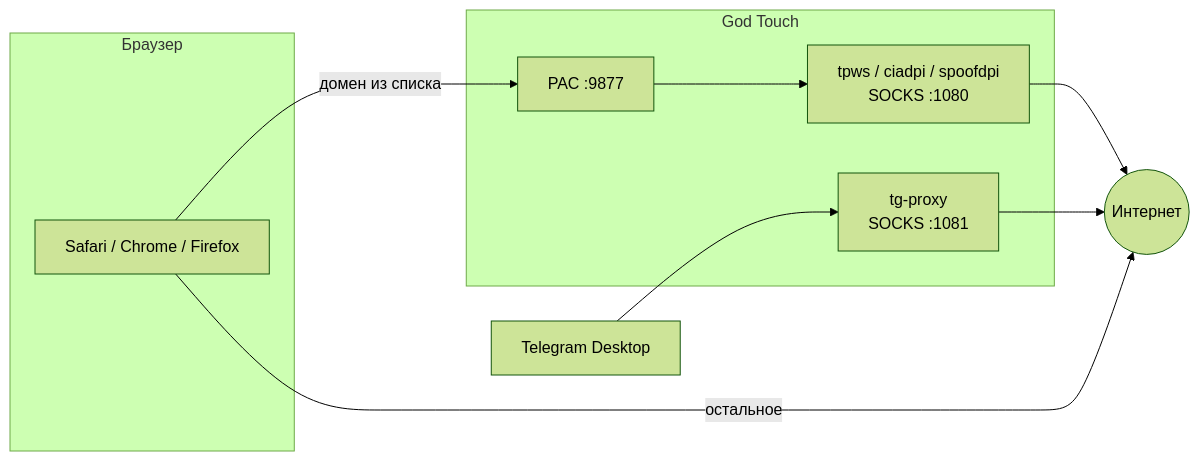
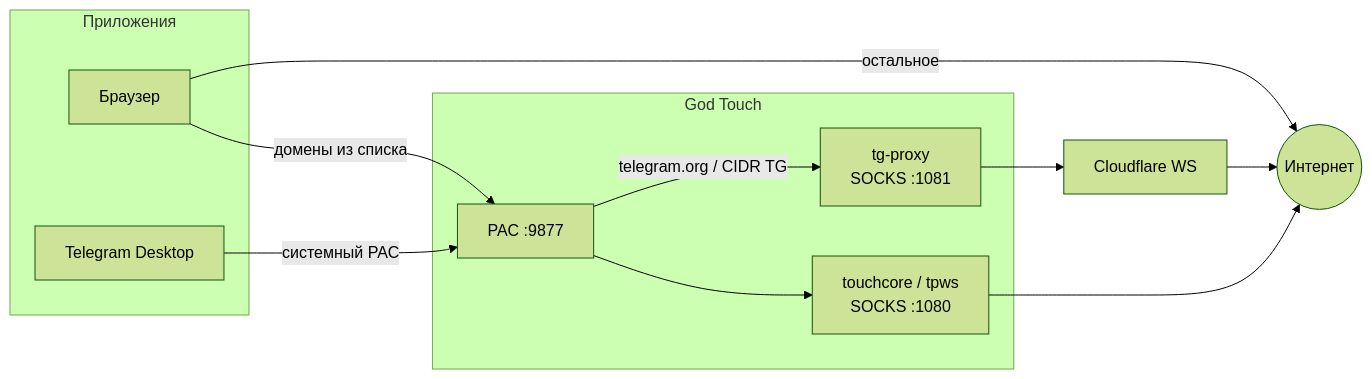
Before and after one commit to RSAM1K/GodTouch: the diagram in README.md, drawn with Mermaid (forest theme). The commit also changed other lines of this file and 7 other files, not shown here.

Commit message:
Обновить README: русский текст, скриншоты и исправленные схемы.

````diff
--- a/README.md
+++ b/README.md
@@ -253,20 +233,18 @@
 ```mermaid
 flowchart LR
-    subgraph Browser["Браузер"]
-        B[Safari / Chrome / Firefox]
+    subgraph Apps["Приложения"]
+      B[Браузер]
+      T[Telegram Desktop]
     end
 
-    subgraph Touch["God Touch"]
-        PAC["PAC :9877"]
-        DPI["tpws / ciadpi / spoofdpi\nSOCKS :1080"]
-        TG["tg-proxy\nSOCKS :1081"]
+    subgraph GodTouch["God Touch"]
+      PAC["PAC :9877"]
+      DPI["touchcore / tpws\nSOCKS :1080"]
+      TG["tg-proxy\nSOCKS :1081"]
     end
 
-    B -->|"домен из списка"| PAC
-    PAC --> DPI
-    DPI --> Internet((Интернет))
-    TG --> Internet
-    B -->|"остальное"| Internet
-
-    TGApp[Telegram Desktop] --> TG
+    B -->|"домены из списка"| PAC --> DPI --> Net((Интернет))
+    B -->|"остальное"| Net
+    T -->|"системный PAC"| PAC
+    PAC -->|"telegram.org / CIDR TG"| TG --> CF[Cloudflare WS] --> Net
 ```
````
